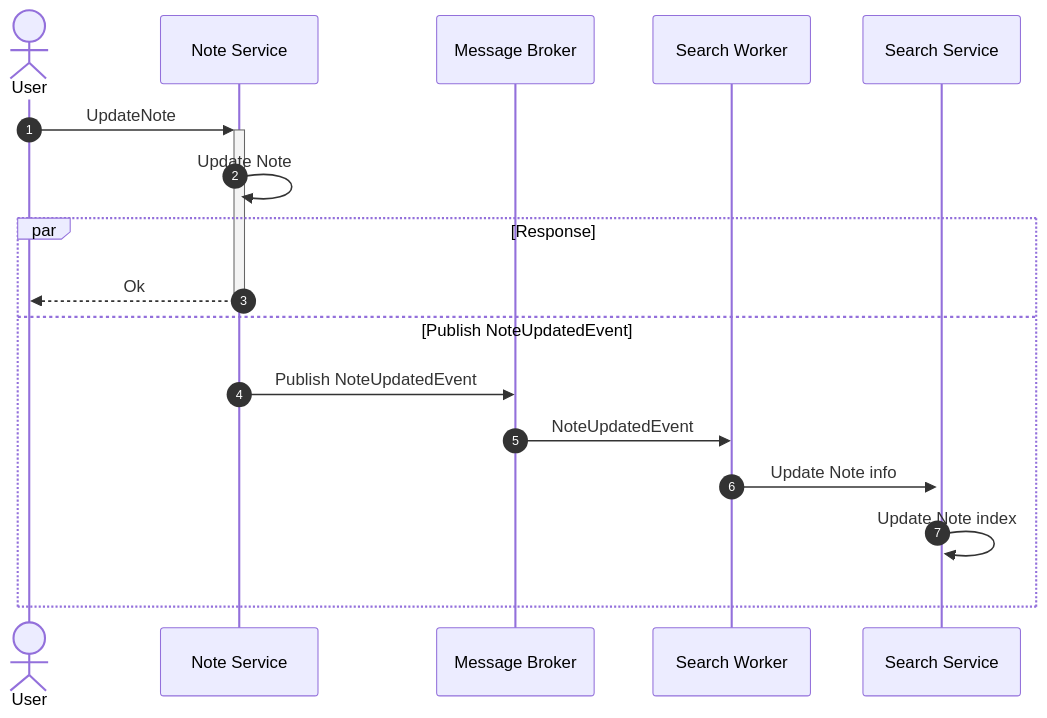
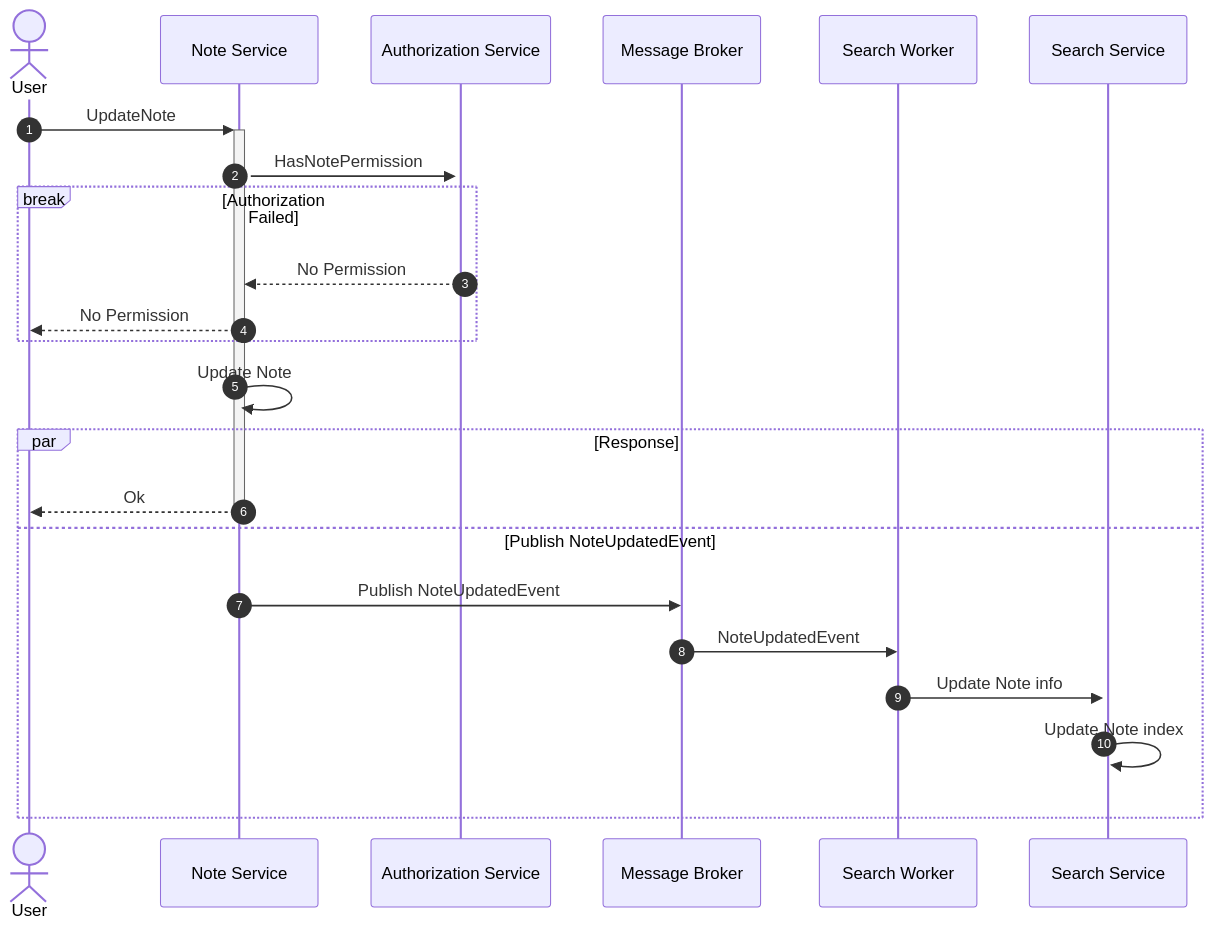
The fourth of 5 diagrams in docs/src/references/sequence/note.md (notopia-uit/notopia), drawn with Mermaid before and after one commit. The commit also changed other lines of this file and 67 other files, not shown here.

````diff
--- a/docs/src/references/sequence/note.md
+++ b/docs/src/references/sequence/note.md
@@ -120,21 +120,27 @@
 ```mermaid
 sequenceDiagram
     autonumber
 
     actor U as User
     participant NS as Note Service
+    participant AS as Authorization Service
     participant MB as Message Broker
     participant SW as Search Worker
     participant SS as Search Service
 
     U->>+NS: UpdateNote
+    NS->>+AS: HasNotePermission
+    break Authorization Failed
+        AS-->>NS: No Permission
+        NS-->>U: No Permission
+    end
     NS->>NS: Update Note
     par Response
         NS-->>-U: Ok
     and Publish NoteUpdatedEvent
         NS->>MB: Publish NoteUpdatedEvent
         MB->>SW: NoteUpdatedEvent
         SW->>+SS: Update Note info
         SS->>+SS: Update Note index
     end
 ```
````
